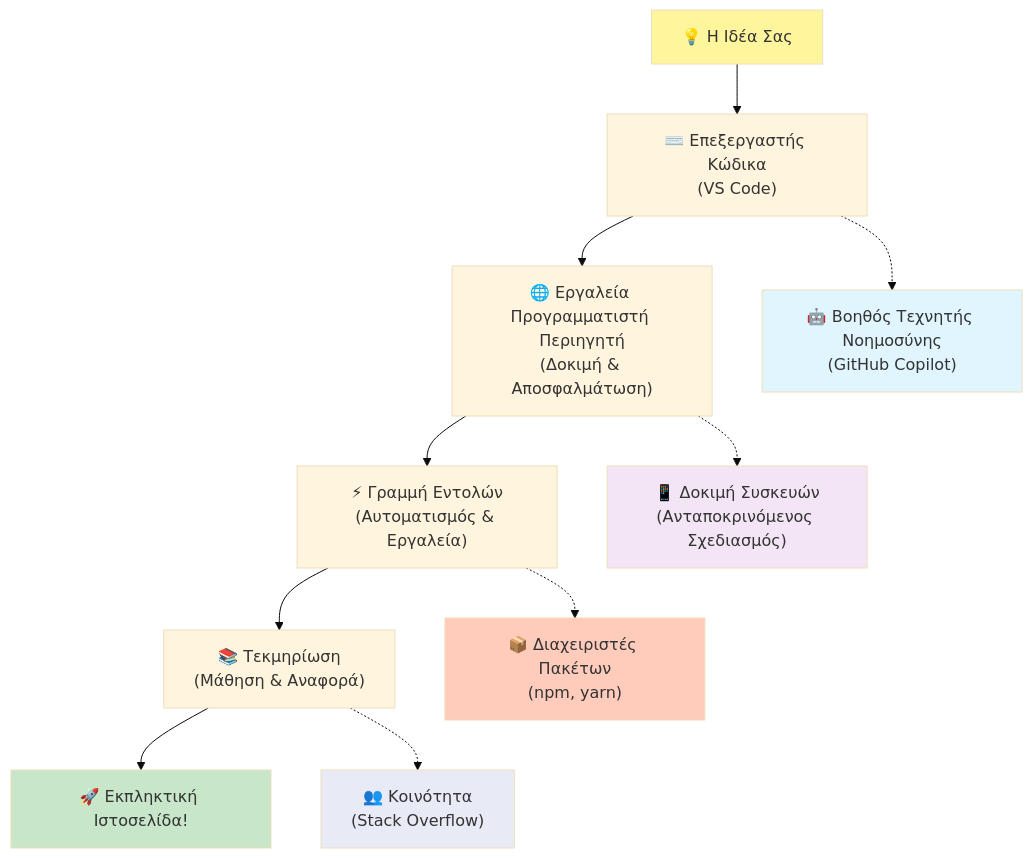
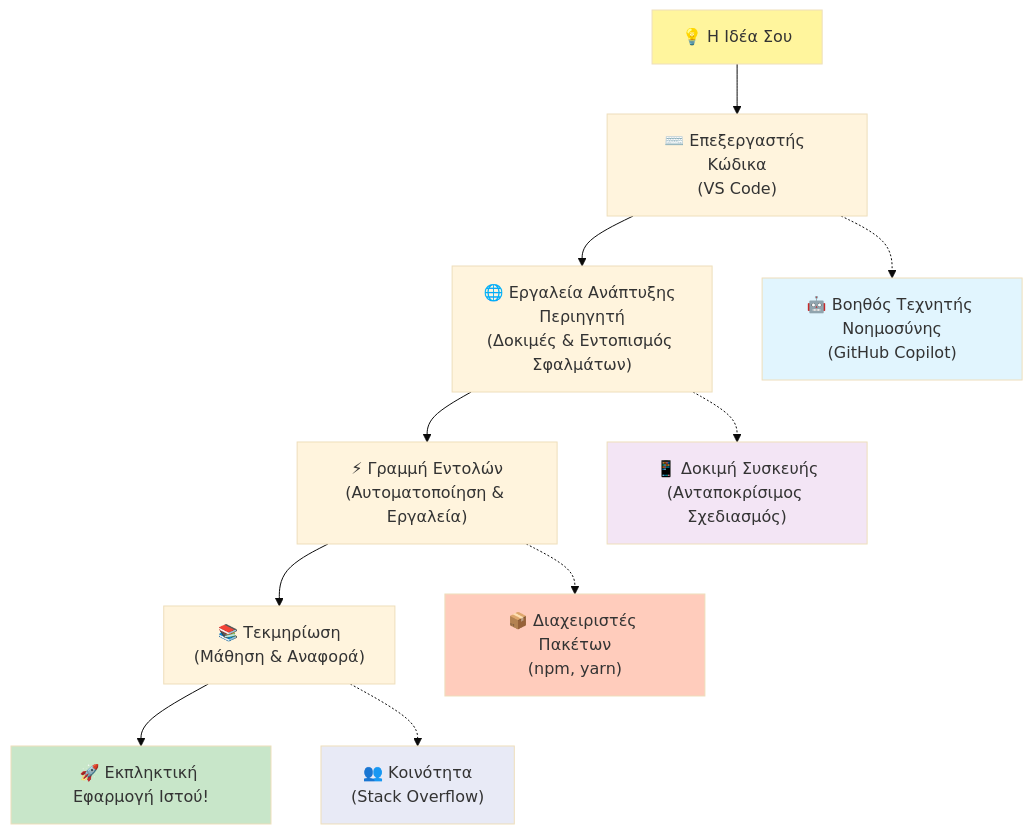
Before and after one commit to microsoft/Web-Dev-For-Beginners: the fifth of 7 diagrams in translations/el/1-getting-started-lessons/1-intro-to-programming-languages/README.md, drawn with Mermaid (base theme). The commit also changed other lines of this file and 11 other files, not shown here.

````diff
--- a/translations/el/1-getting-started-lessons/1-intro-to-programming-languages/README.md
+++ b/translations/el/1-getting-started-lessons/1-intro-to-programming-languages/README.md
@@ -486,20 +488,20 @@
 ```mermaid
 graph TD
-    A["💡 Η Ιδέα Σας"] --> B["⌨️ Επεξεργαστής Κώδικα<br/>(VS Code)"] 
-    B --> C["🌐 Εργαλεία Προγραμματιστή Περιηγητή<br/>(Δοκιμή & Αποσφαλμάτωση)"]
-    C --> D["⚡ Γραμμή Εντολών<br/>(Αυτοματισμός & Εργαλεία)"]
+    A["💡 Η Ιδέα Σου"] --> B["⌨️ Επεξεργαστής Κώδικα<br/>(VS Code)"] 
+    B --> C["🌐 Εργαλεία Ανάπτυξης Περιηγητή<br/>(Δοκιμές & Εντοπισμός Σφαλμάτων)"]
+    C --> D["⚡ Γραμμή Εντολών<br/>(Αυτοματοποίηση & Εργαλεία)"]
     D --> E["📚 Τεκμηρίωση<br/>(Μάθηση & Αναφορά)"]
-    E --> F["🚀 Εκπληκτική Ιστοσελίδα!"]
+    E --> F["🚀 Εκπληκτική Εφαρμογή Ιστού!"]
     
     B -.-> G["🤖 Βοηθός Τεχνητής Νοημοσύνης<br/>(GitHub Copilot)"]
-    C -.-> H["📱 Δοκιμή Συσκευών<br/>(Ανταποκρινόμενος Σχεδιασμός)"]
+    C -.-> H["📱 Δοκιμή Συσκευής<br/>(Ανταποκρίσιμος Σχεδιασμός)"]
     D -.-> I["📦 Διαχειριστές Πακέτων<br/>(npm, yarn)"]
     E -.-> J["👥 Κοινότητα<br/>(Stack Overflow)"]
     
     style A fill:#fff59d
     style F fill:#c8e6c9
     style G fill:#e1f5fe
     style H fill:#f3e5f5
     style I fill:#ffccbc
     style J fill:#e8eaf6
-```  
+```
````
